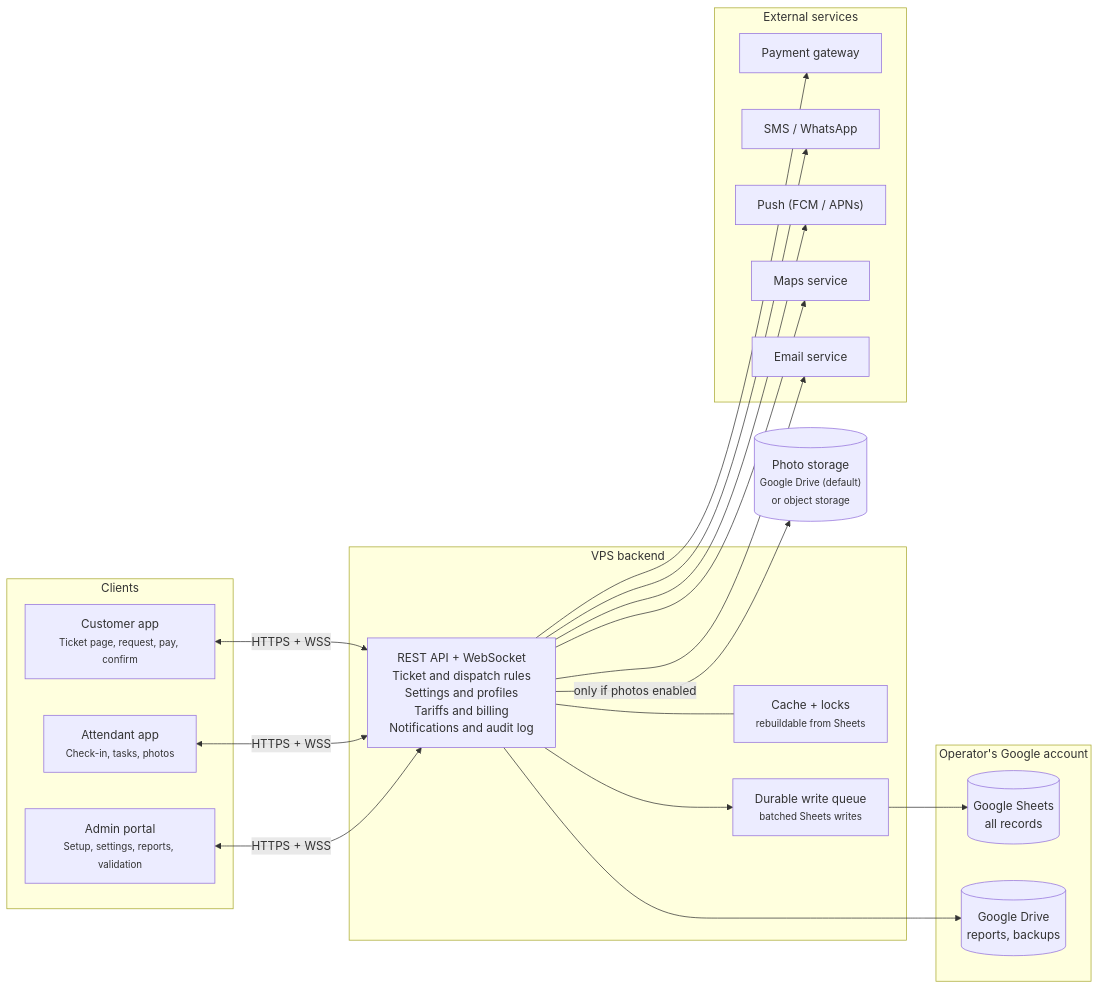
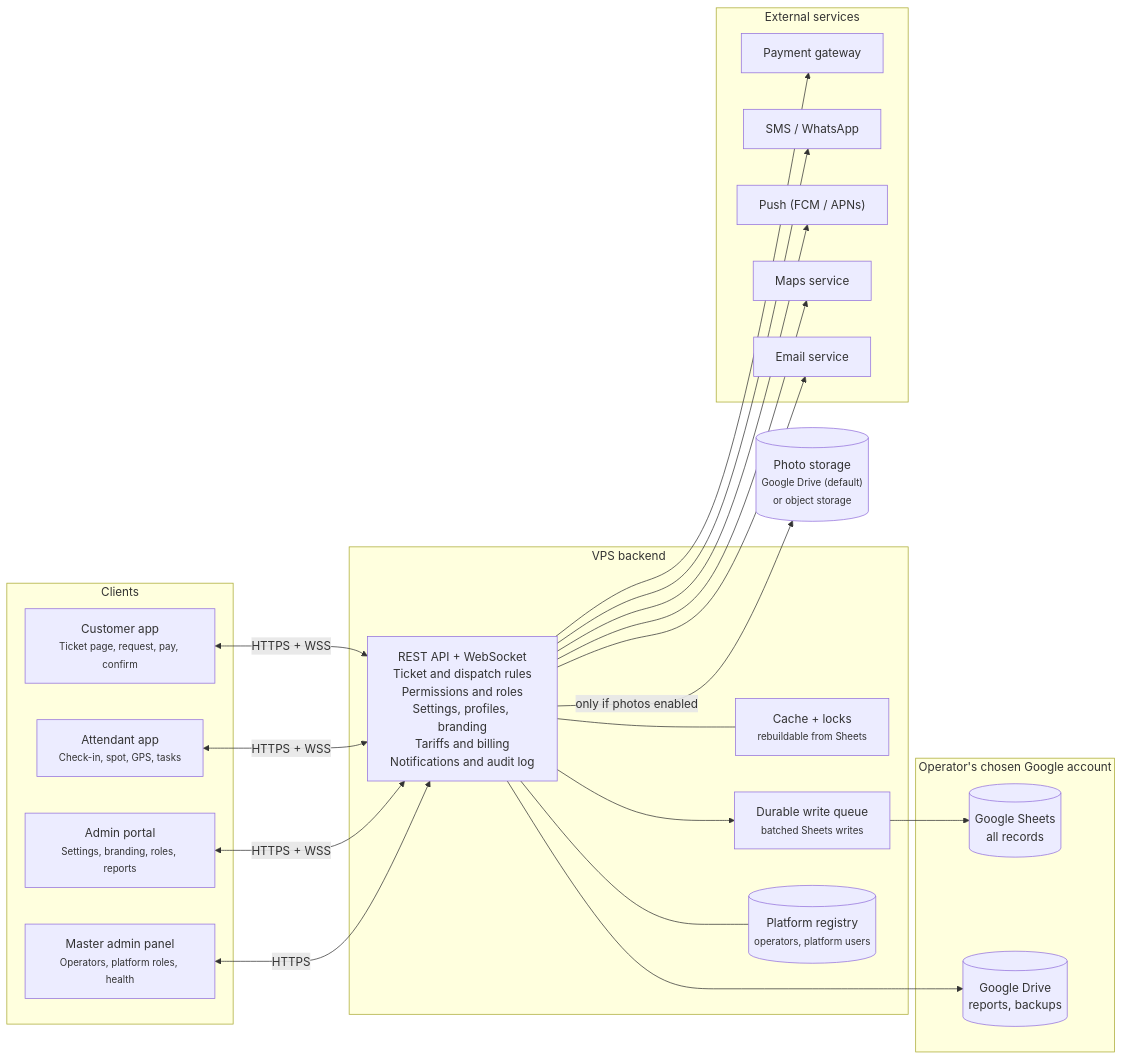
Before and after one commit to susheelsanagapalli/valet-parking-system: the first of 2 diagrams in docs/SRS.md, drawn with Mermaid. The commit also changed other lines of this file and 1 other file, not shown here.

First line of the commit message:
Update SRS to v1.4: spot capture options, white-label branding, roles

````diff
--- a/docs/SRS.md
+++ b/docs/SRS.md
@@ -91,38 +101,42 @@
 ```mermaid
 flowchart LR
     subgraph Clients
         C["Customer app<br/><small>Ticket page, request, pay, confirm</small>"]
-        A["Attendant app<br/><small>Check-in, tasks, photos</small>"]
-        P["Admin portal<br/><small>Setup, settings, reports, validation</small>"]
+        A["Attendant app<br/><small>Check-in, spot, GPS, tasks</small>"]
+        P["Admin portal<br/><small>Settings, branding, roles, reports</small>"]
+        M["Master admin panel<br/><small>Operators, platform roles, health</small>"]
     end
     subgraph Backend["VPS backend"]
-        API["REST API + WebSocket<br/>Ticket and dispatch rules<br/>Settings and profiles<br/>Tariffs and billing<br/>Notifications and audit log"]
+        API["REST API + WebSocket<br/>Ticket and dispatch rules<br/>Permissions and roles<br/>Settings, profiles, branding<br/>Tariffs and billing<br/>Notifications and audit log"]
         CACHE["Cache + locks<br/><small>rebuildable from Sheets</small>"]
         QUEUE["Durable write queue<br/><small>batched Sheets writes</small>"]
+        REG[("Platform registry<br/><small>operators, platform users</small>")]
         API --- CACHE
         API --> QUEUE
+        API --- REG
     end
-    subgraph Google["Operator's Google account"]
+    subgraph Google["Operator's chosen Google account"]
         SHEETS[("Google Sheets<br/>all records")]
         DRIVE[("Google Drive<br/>reports, backups")]
     end
     PHOTO[("Photo storage<br/><small>Google Drive (default)<br/>or object storage</small>")]
     subgraph External["External services"]
         PG[Payment gateway]
         SMS[SMS / WhatsApp]
         PUSH["Push (FCM / APNs)"]
         MAP[Maps service]
         MAIL[Email service]
     end
     C <-->|HTTPS + WSS| API
     A <-->|HTTPS + WSS| API
     P <-->|HTTPS + WSS| API
+    M <-->|HTTPS| API
     QUEUE --> SHEETS
     API --> DRIVE
     API -->|only if photos enabled| PHOTO
     API --> PG
     API --> SMS
     API --> PUSH
     API --> MAP
     API --> MAIL
 ```
````
